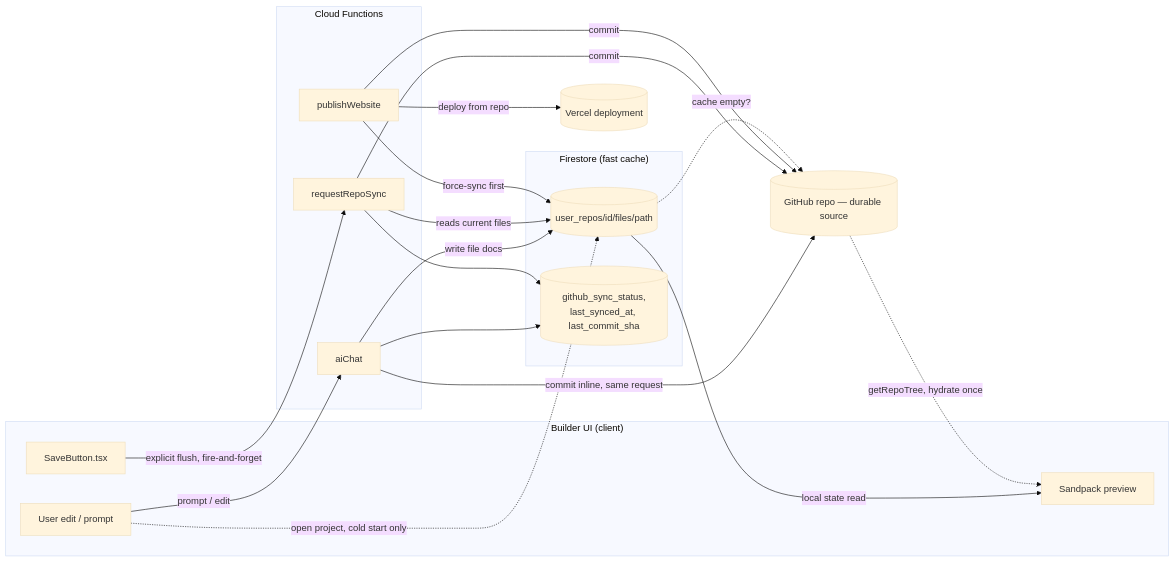
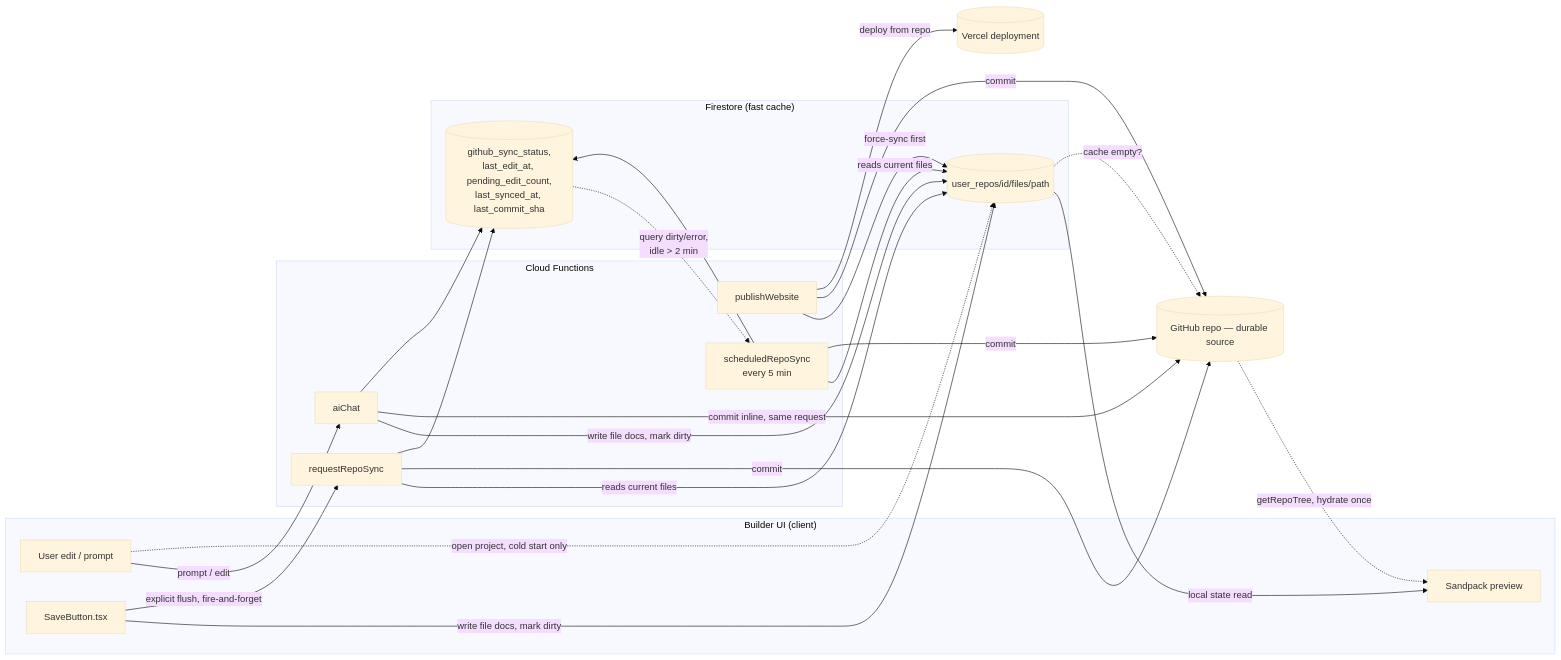
One commit to Empirial/empirialdesigns changed the diagram in docs/AI_BUILDER_ENGINE.md. Above: the diagram before and after it, drawn with Mermaid (base theme). The commit also changed other lines of this file and 27 other files, not shown here.

````diff
--- a/docs/AI_BUILDER_ENGINE.md
+++ b/docs/AI_BUILDER_ENGINE.md
@@ -335,41 +361,48 @@
 ```mermaid
 flowchart LR
     subgraph client["Builder UI (client)"]
         U[User edit / prompt]
         PV[Sandpack preview]
         SAVE[SaveButton.tsx]
     end
 
     subgraph fns["Cloud Functions"]
         AC[aiChat]
         RRS[requestRepoSync]
         PUB[publishWebsite]
+        SWEEP[scheduledRepoSync\nevery 5 min]
     end
 
     subgraph fs["Firestore (fast cache)"]
         FILES[(user_repos/id/files/path)]
-        STATUS[(github_sync_status,\nlast_synced_at, last_commit_sha)]
+        STATUS[(github_sync_status,\nlast_edit_at, pending_edit_count,\nlast_synced_at, last_commit_sha)]
     end
 
     GH[(GitHub repo — durable source)]
     VC[(Vercel deployment)]
 
     U -->|prompt / edit| AC
-    AC -->|write file docs| FILES
+    AC -->|write file docs, mark dirty| FILES
     AC -->|commit inline, same request| GH
     AC --> STATUS
     FILES -->|local state read| PV
 
+    SAVE -->|write file docs, mark dirty| FILES
     SAVE -->|explicit flush, fire-and-forget| RRS
     RRS -->|reads current files| FILES
     RRS -->|commit| GH
     RRS --> STATUS
 
     PUB -->|force-sync first| FILES
     PUB -->|commit| GH
     PUB -->|deploy from repo| VC
 
+    STATUS -.->|query dirty/error,\nidle > 2 min| SWEEP
+    SWEEP -->|reads current files| FILES
+    SWEEP -->|commit| GH
+    SWEEP --> STATUS
+
     U -.->|open project, cold start only| FILES
     FILES -.->|cache empty?| GH
     GH -.->|getRepoTree, hydrate once| PV
 ```
````
